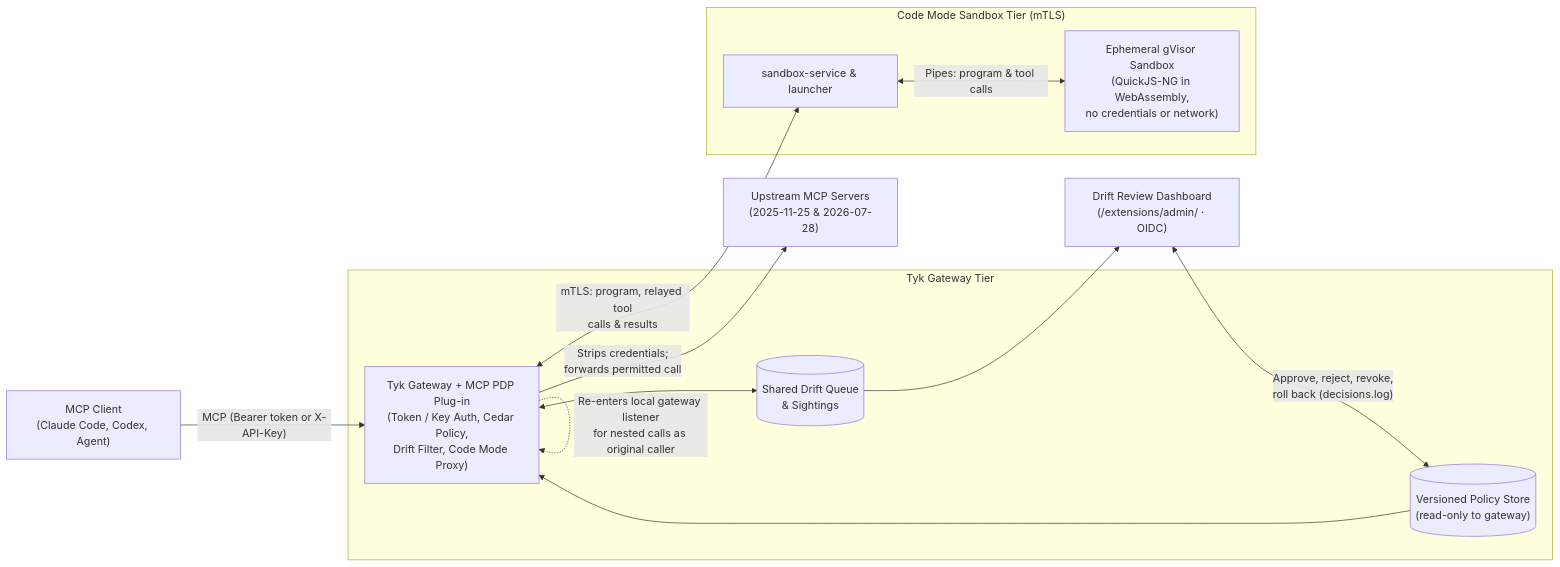
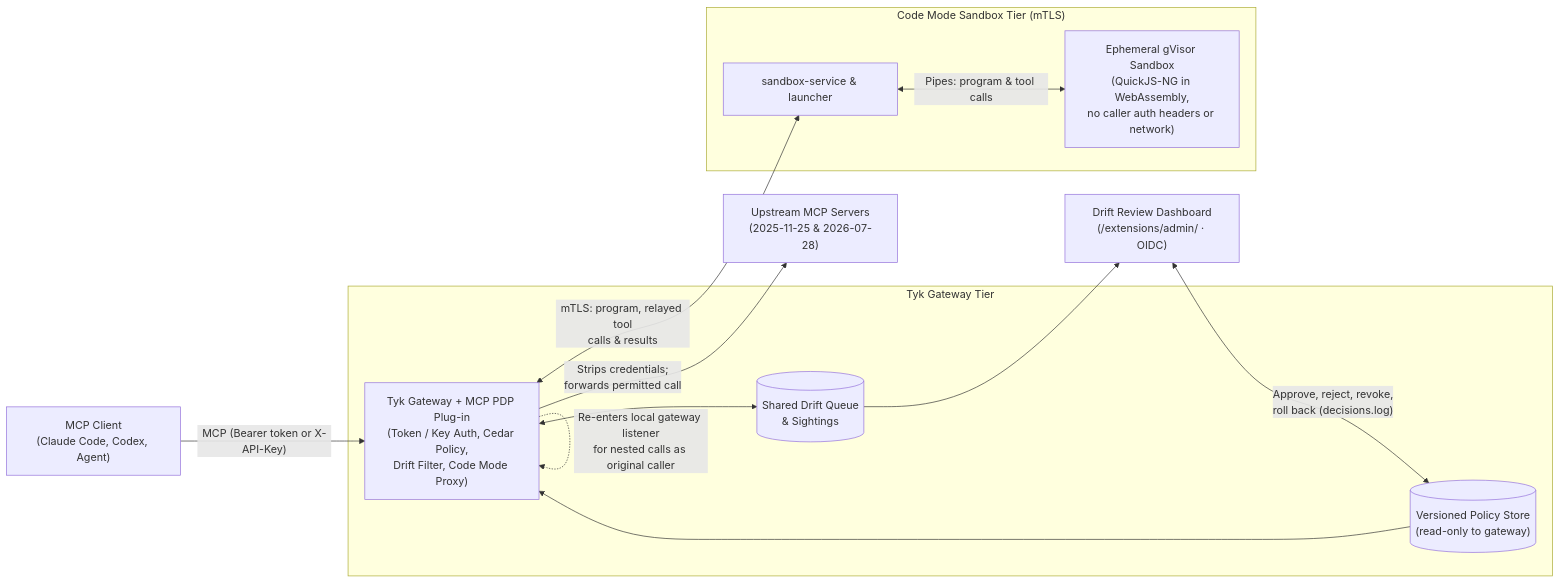
The diagram in README.md (chrisbennight/tyk-plus-plugins), drawn with Mermaid before and after one commit. The commit also changed other lines of this file and 1 other file, not shown here.

First line of the commit message:
Clarify tools/list drift sightings, sandbox auth boundary, and dashboard CSP test

````diff
--- a/README.md
+++ b/README.md
@@ -60,25 +60,25 @@
 ```mermaid
 flowchart LR
   Client["MCP Client<br/>(Claude Code, Codex, Agent)"]
   subgraph GatewayTier["Tyk Gateway Tier"]
     Tyk["Tyk Gateway + MCP PDP Plug-in<br/>(Token / Key Auth, Cedar Policy,<br/>Drift Filter, Code Mode Proxy)"]
     Store[("Versioned Policy Store<br/>(read-only to gateway)")]
     Pending[("Shared Drift Queue<br/>& Sightings")]
   end
   Admin["Drift Review Dashboard<br/>(/extensions/admin/ · OIDC)"]
   subgraph SandboxTier["Code Mode Sandbox Tier (mTLS)"]
     Service["sandbox-service & launcher"]
-    Worker["Ephemeral gVisor Sandbox<br/>(QuickJS-NG in WebAssembly,<br/>no credentials or network)"]
+    Worker["Ephemeral gVisor Sandbox<br/>(QuickJS-NG in WebAssembly,<br/>no caller auth headers or network)"]
   end
   Upstream["Upstream MCP Servers<br/>(2025-11-25 & 2026-07-28)"]
 
   Client -->|"MCP (Bearer token or X-API-Key)"| Tyk
   Tyk -->|"Strips credentials;<br/>forwards permitted call"| Upstream
   Tyk <-->|"mTLS: program, relayed tool<br/>calls & results"| Service
   Service <-->|"Pipes: program & tool calls"| Worker
   Tyk -.->|"Re-enters local gateway listener<br/>for nested calls as original caller"| Tyk
   Store --> Tyk
   Tyk <--> Pending
   Admin <-->|"Approve, reject, revoke,<br/>roll back (decisions.log)"| Store
   Pending --> Admin
 ```
````
